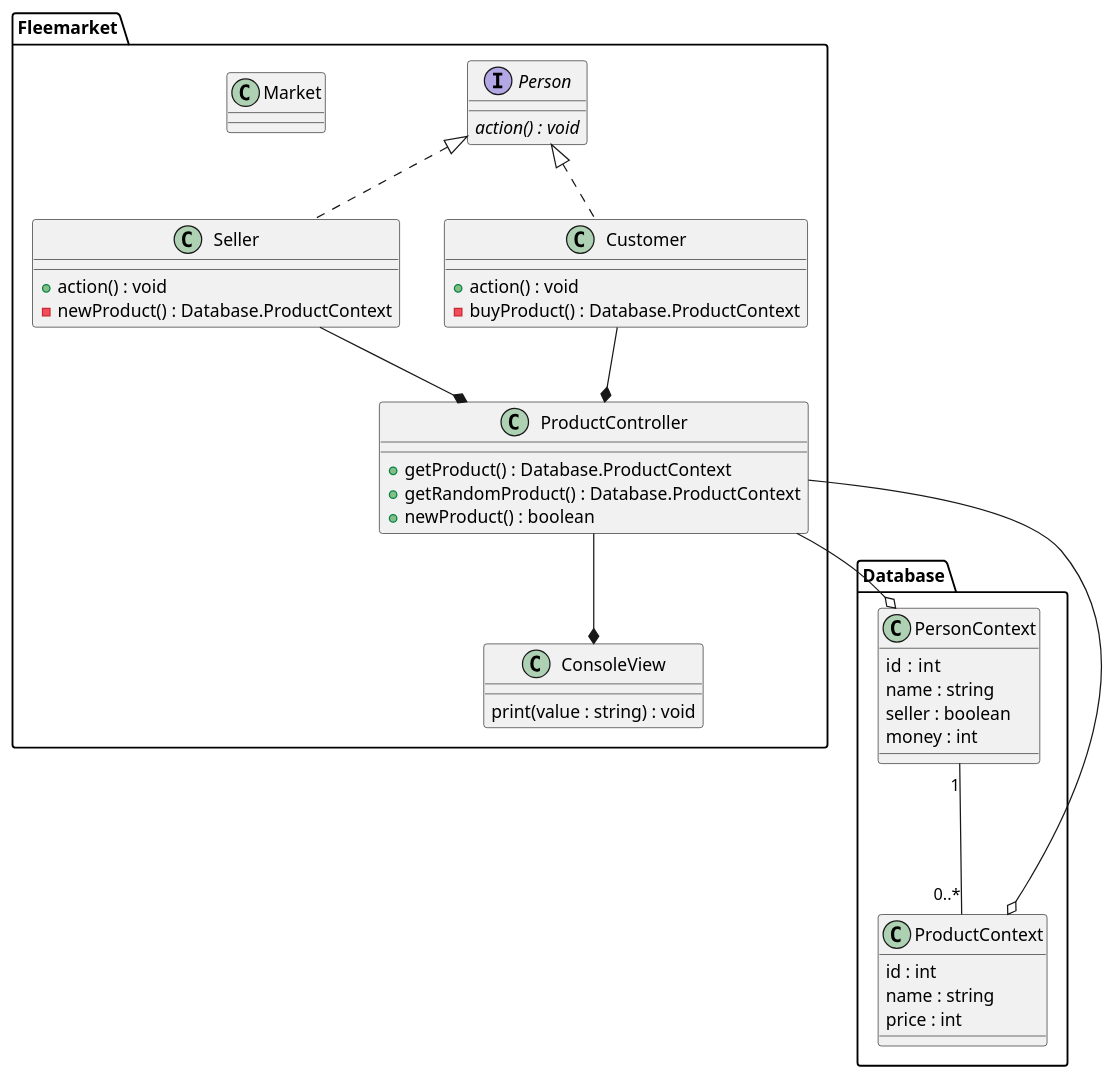
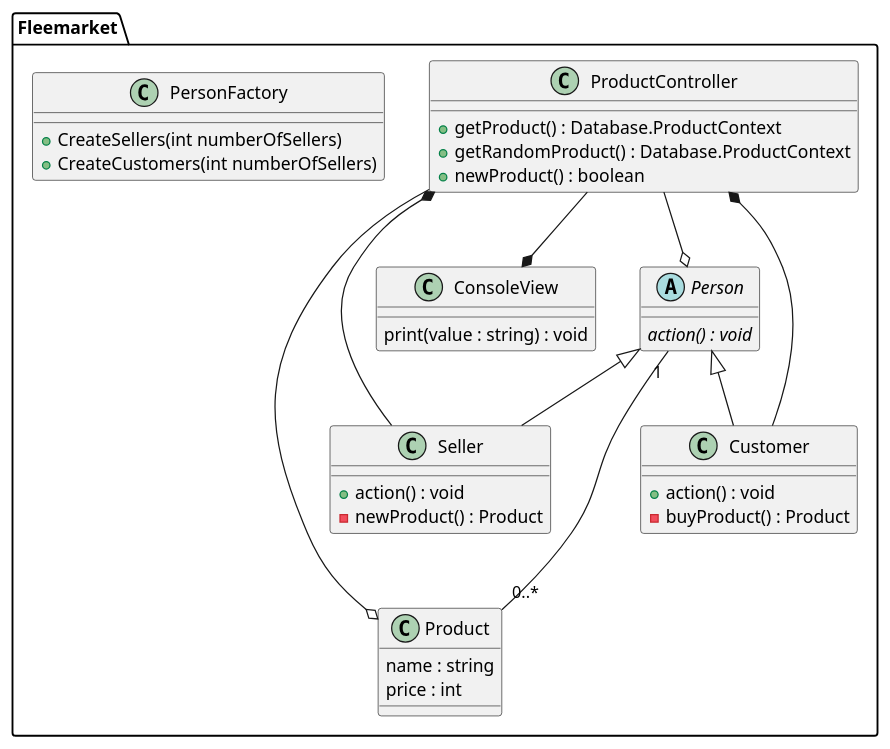
The diagram in LottasLopper/classDiagram.puml (alexander474/PG3300_SoftwareDesign_Exam), drawn with PlantUML before and after one commit. The commit also changed 8 other files, not shown here.

```diff
--- a/LottasLopper/classDiagram.puml
+++ b/LottasLopper/classDiagram.puml
@@ -1,59 +1,50 @@
 @startuml
-
-namespace Database {
-    class PersonContext {
-        id  : int
-        name : string
-        seller : boolean
-        money : int
-    }
-    
-    PersonContext "1" --- "0..*" ProductContext
-    
-    class ProductContext {
-        id : int
-        name : string
-        price : int
-    }
-}
 
 namespace Fleemarket {
     class ProductController{
         +getProduct() : Database.ProductContext
         +getRandomProduct() : Database.ProductContext
         +newProduct() : boolean
     }
     
-    ProductController --o Database.ProductContext
-    ProductController --o Database.PersonContext
+    ProductController --o Product
+    ProductController --o Person
     
     class ConsoleView {
         print(value : string) : void
     }
     
     ProductController --* ConsoleView
     
-    interface Person {
+    abstract Class Person {
         {abstract} action() : void
     }
     
-    class Seller implements Person {
+    class Seller extends Person {
         +action() : void
-        -newProduct() : Database.ProductContext
+        -newProduct() : Product
     }
     
     Seller --* ProductController
     
-    class Customer implements Person {
+    class Customer extends Person {
         +action() : void
-        -buyProduct() : Database.ProductContext
+        -buyProduct() : Product
     }
     
     Customer --* ProductController
+        
+    Person "1" --- "0..*" Product
+        
+    class Product {
+        name : string
+        price : int
+    }
     
-    class Market {
-    
+    class PersonFactory {
+        +CreateSellers(int numberOfSellers)
+        +CreateCustomers(int numberOfSellers)
     }
 }
 
 @enduml
```
